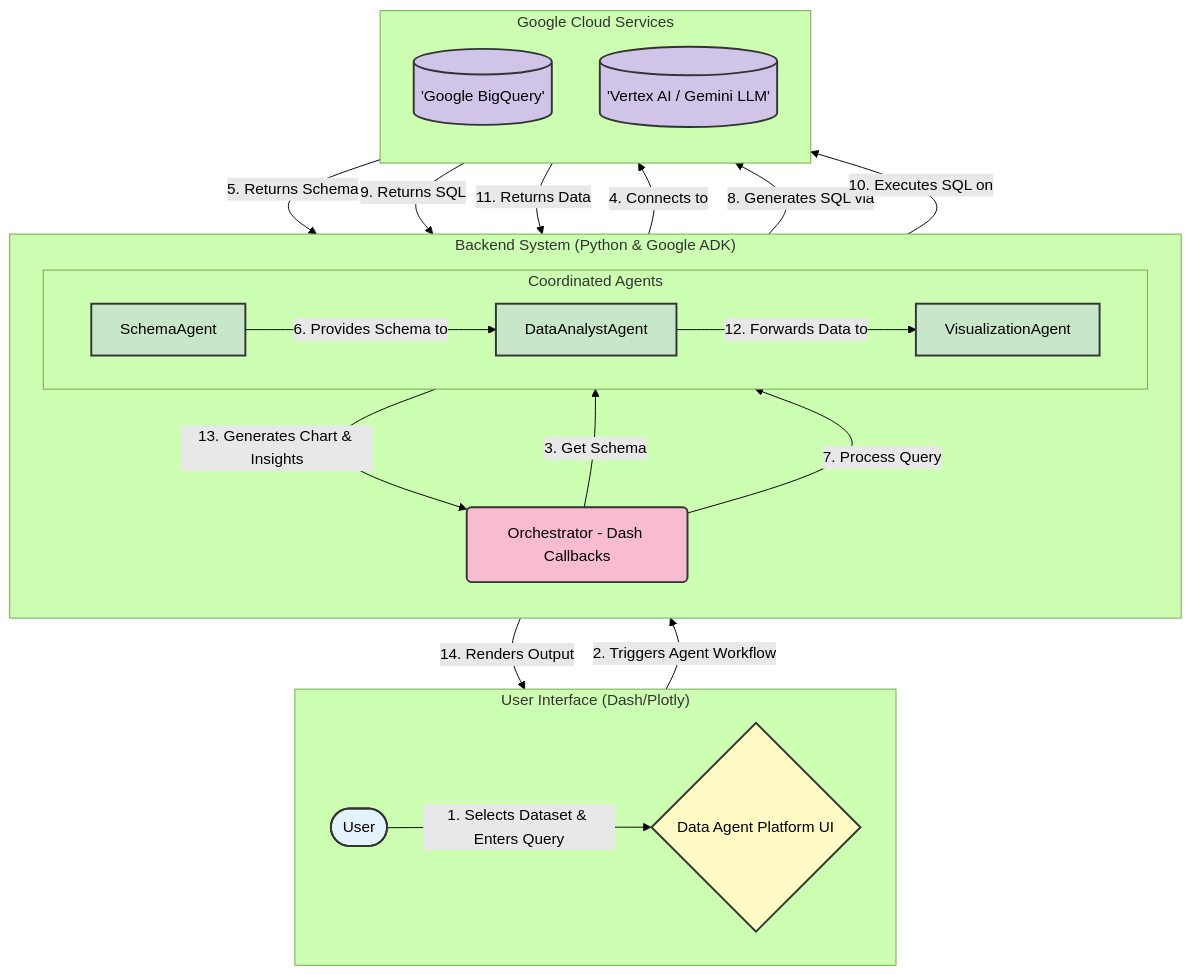
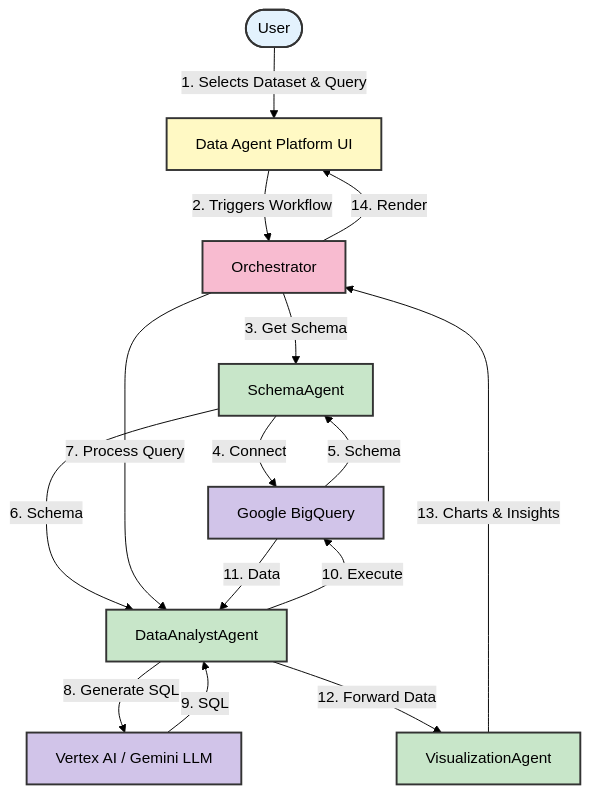
Before and after one commit to diipak/DataAgentPlatform: the diagram in ARCHITECTURE.md, drawn with Mermaid (forest theme). The commit also changed other lines of this file, not shown here.

Commit message:
fix(docs): Simplify Mermaid diagram for better compatibility

````diff
--- a/ARCHITECTURE.md
+++ b/ARCHITECTURE.md
@@ -5,58 +5,51 @@
 ```mermaid
 graph TD
-    subgraph "User Interface (Dash/Plotly)"
-        direction LR
-        User([User])
-        WebApp{Data Agent Platform UI}
+    %% User Interface
+    User([User])
+    WebApp[Data Agent Platform UI]
+    
+    %% Backend Components
+    Orchestrator[Orchestrator]
+    SchemaAgent[SchemaAgent]
+    DataAnalystAgent[DataAnalystAgent]
+    VisualizationAgent[VisualizationAgent]
+    
+    %% Cloud Services
+    BigQuery[Google BigQuery]
+    VertexAI[Vertex AI / Gemini LLM]
 
-        User -- "1. Selects Dataset & Enters Query" --> WebApp
-    end
-
-    subgraph "Backend System (Python & Google ADK)"
-        direction TB
-        Orchestrator(Orchestrator - Dash Callbacks)
-        WebApp -- "2. Triggers Agent Workflow" --> Orchestrator
-
-        subgraph "Coordinated Agents"
-            direction LR
-            SchemaAgent["SchemaAgent"]
-            DataAnalystAgent["DataAnalystAgent"]
-            VisualizationAgent["VisualizationAgent"]
-        end
-    end
-
-    subgraph "Google Cloud Services"
-        direction TB
-        BigQuery[('Google BigQuery')]
-        VertexAI[('Vertex AI / Gemini LLM')]
-    end
-
-    %% --- Data Flow ---
-    Orchestrator -- "3. Get Schema" --> SchemaAgent
-    SchemaAgent -- "4. Connects to" --> BigQuery
-    BigQuery -- "5. Returns Schema" --> SchemaAgent
-    SchemaAgent -- "6. Provides Schema to" --> DataAnalystAgent
-
-    Orchestrator -- "7. Process Query" --> DataAnalystAgent
-    DataAnalystAgent -- "8. Generates SQL via" --> VertexAI
-    VertexAI -- "9. Returns SQL" --> DataAnalystAgent
-    DataAnalystAgent -- "10. Executes SQL on" --> BigQuery
-    BigQuery -- "11. Returns Data" --> DataAnalystAgent
-    DataAnalystAgent -- "12. Forwards Data to" --> VisualizationAgent
-
-    VisualizationAgent -- "13. Generates Chart & Insights" --> Orchestrator
-    Orchestrator -- "14. Renders Output" --> WebApp
-
-    %% --- Styling ---
-    classDef user fill:#e3f2fd,stroke:#333,stroke-width:2px,color:#000
-    classDef webapp fill:#fff9c4,stroke:#333,stroke-width:2px,color:#000
-    classDef orchestrator fill:#f8bbd0,stroke:#333,stroke-width:2px,color:#000
-    classDef agent fill:#c8e6c9,stroke:#333,stroke-width:2px,color:#000
-    classDef gcp fill:#d1c4e9,stroke:#333,stroke-width:2px,color:#000
-
-    class User user;
-    class WebApp webapp;
-    class Orchestrator orchestrator;
-    class SchemaAgent,DataAnalystAgent,VisualizationAgent agent;
-    class BigQuery,VertexAI gcp;
+    %% User Flow
+    User -->|1. Selects Dataset & Query| WebApp
+    WebApp -->|2. Triggers Workflow| Orchestrator
+    
+    %% Schema Flow
+    Orchestrator -->|3. Get Schema| SchemaAgent
+    SchemaAgent -->|4. Connect| BigQuery
+    BigQuery -->|5. Schema| SchemaAgent
+    SchemaAgent -->|6. Schema| DataAnalystAgent
+    
+    %% Query Processing
+    Orchestrator -->|7. Process Query| DataAnalystAgent
+    DataAnalystAgent -->|8. Generate SQL| VertexAI
+    VertexAI -->|9. SQL| DataAnalystAgent
+    DataAnalystAgent -->|10. Execute| BigQuery
+    BigQuery -->|11. Data| DataAnalystAgent
+    DataAnalystAgent -->|12. Forward Data| VisualizationAgent
+    
+    %% Visualization
+    VisualizationAgent -->|13. Charts & Insights| Orchestrator
+    Orchestrator -->|14. Render| WebApp
+    
+    %% Styling
+    classDef user fill:#e3f2fd,stroke:#333,stroke-width:2px
+    classDef webapp fill:#fff9c4,stroke:#333,stroke-width:2px
+    classDef orchestrator fill:#f8bbd0,stroke:#333,stroke-width:2px
+    classDef agent fill:#c8e6c9,stroke:#333,stroke-width:2px
+    classDef gcp fill:#d1c4e9,stroke:#333,stroke-width:2px
+    
+    class User user
+    class WebApp webapp
+    class Orchestrator orchestrator
+    class SchemaAgent,DataAnalystAgent,VisualizationAgent agent
+    class BigQuery,VertexAI gcp
 ```
````
